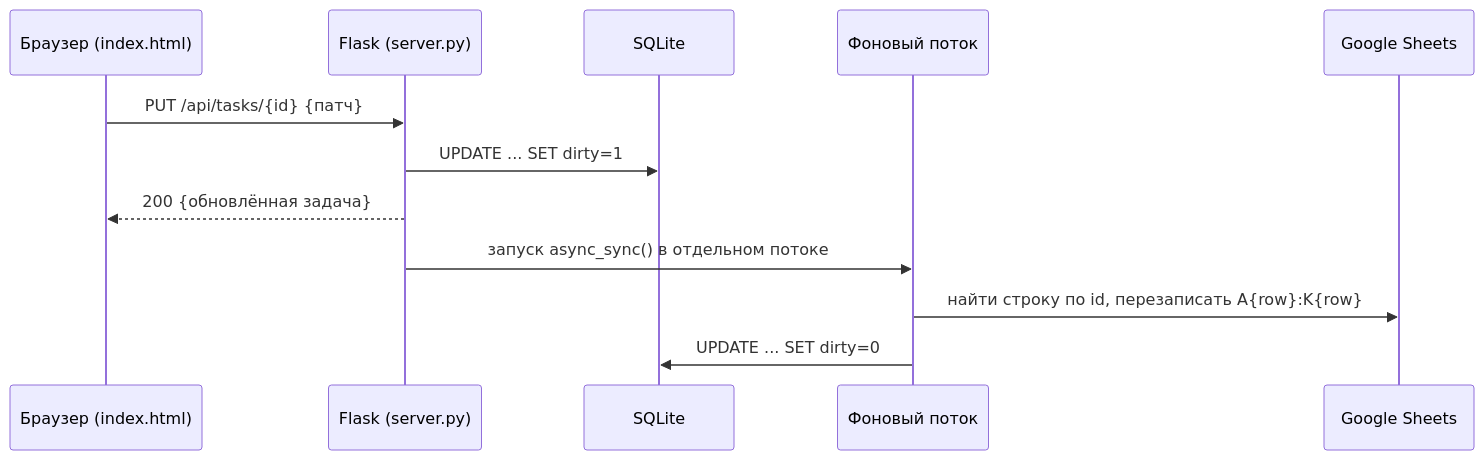
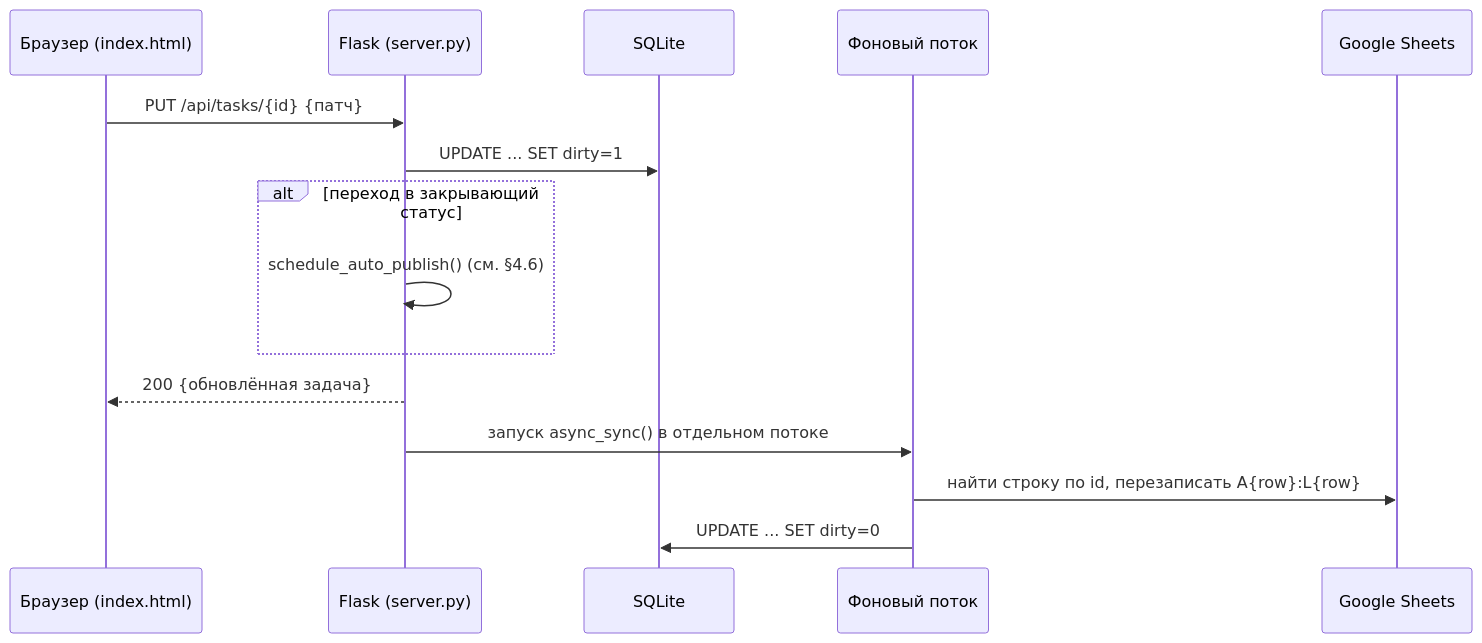
Before and after one commit to MrAgasferon/tasks: the first of 3 diagrams in TECHNICAL.md, drawn with Mermaid. The commit also changed other lines of this file and 1 other file, not shown here.

````diff
--- a/TECHNICAL.md
+++ b/TECHNICAL.md
@@ -205,15 +264,18 @@
 ```mermaid
 sequenceDiagram
     participant UI as Браузер (index.html)
     participant API as Flask (server.py)
     participant DB as SQLite
     participant BG as Фоновый поток
     participant GS as Google Sheets
 
     UI->>API: PUT /api/tasks/{id} {патч}
     API->>DB: UPDATE ... SET dirty=1
+    alt переход в закрывающий статус
+        API->>API: schedule_auto_publish() (см. §4.6)
+    end
     API-->>UI: 200 {обновлённая задача}
     API->>BG: запуск async_sync() в отдельном потоке
-    BG->>GS: найти строку по id, перезаписать A{row}:K{row}
+    BG->>GS: найти строку по id, перезаписать A{row}:L{row}
     BG->>DB: UPDATE ... SET dirty=0
 ```
````
